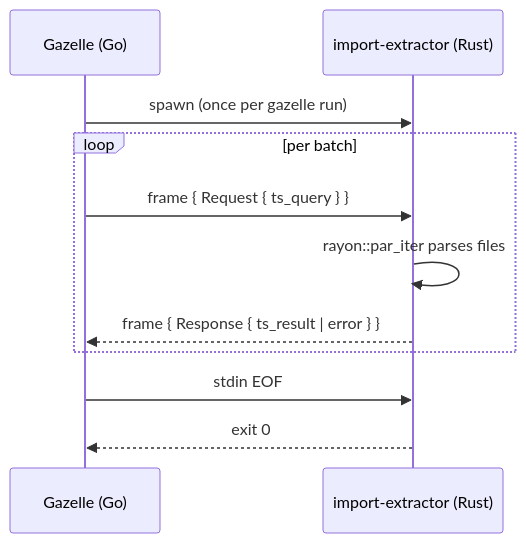
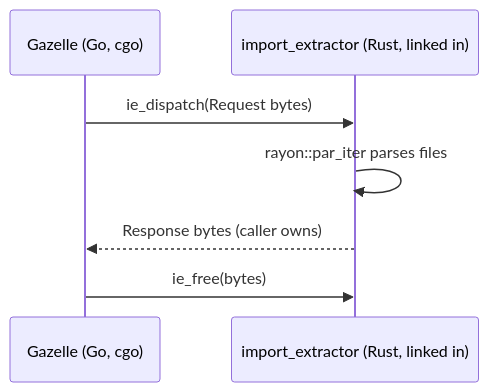
One commit to hermeticbuild/gazelle_plugins changed the diagram in crates/import_extractor/README.md. Above: the diagram before and after it, drawn with Mermaid. The commit also changed other lines of this file and 53 other files, not shown here.

````diff
--- a/crates/import_extractor/README.md
+++ b/crates/import_extractor/README.md
@@ -24,13 +25,9 @@
 ```mermaid
 sequenceDiagram
-    participant G as Gazelle (Go)
-    participant E as import-extractor (Rust)
-    G->>E: spawn (once per gazelle run)
-    loop per batch
-        G->>E: frame { Request { ts_query } }
-        E->>E: rayon::par_iter parses files
-        E-->>G: frame { Response { ts_result | error } }
-    end
-    G->>E: stdin EOF
-    E-->>G: exit 0
+    participant G as Gazelle (Go, cgo)
+    participant E as import_extractor (Rust, linked in)
+    G->>E: ie_dispatch(Request bytes)
+    E->>E: rayon::par_iter parses files
+    E-->>G: Response bytes (caller owns)
+    G->>E: ie_free(bytes)
 ```
````
